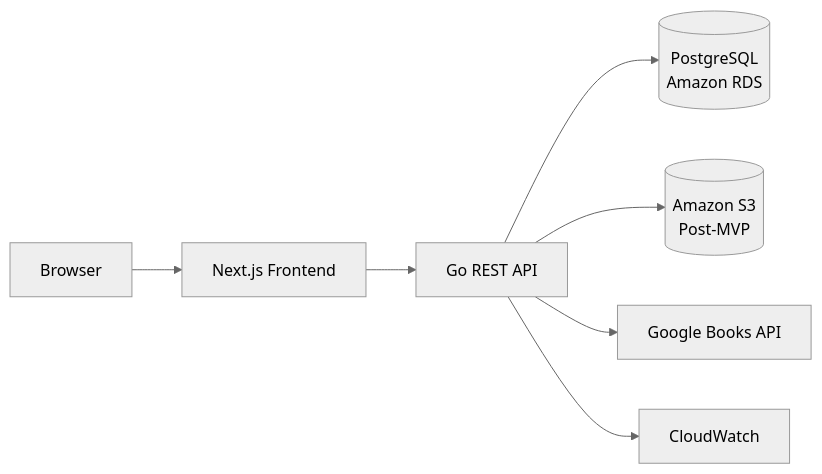
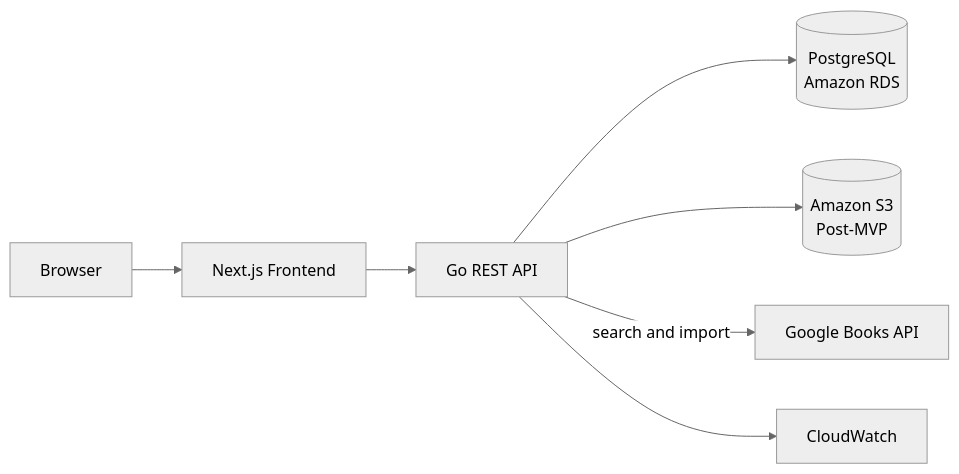
One commit to SunnyKikiSJSU/CMPE_180B_Project changed the diagram in Team_Project/README.md. Above: the diagram before and after it, drawn with Mermaid (neutral theme). The commit also changed other lines of this file and 2 other files, not shown here.

First line of the commit message:
Document the search-Google, import-on-first-use design

````diff
--- a/Team_Project/README.md
+++ b/Team_Project/README.md
@@ -23,9 +23,9 @@
 ```mermaid
 flowchart LR
     Browser[Browser] --> Web[Next.js Frontend]
     Web --> API[Go REST API]
     API --> DB[(PostgreSQL<br/>Amazon RDS)]
     API --> S3[(Amazon S3<br/>Post-MVP)]
-    API --> Books[Google Books API]
+    API -->|search and import| Books[Google Books API]
     API --> Logs[CloudWatch]
 ```
````
